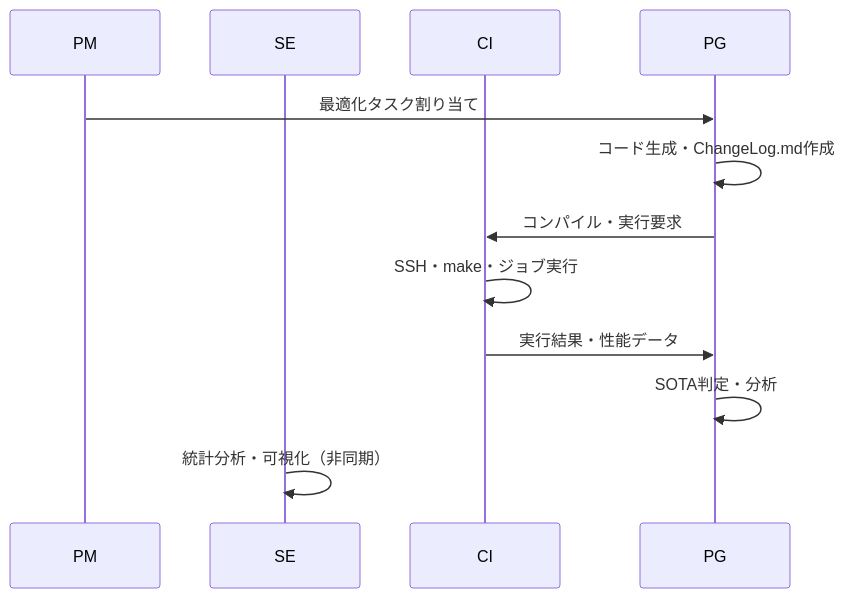
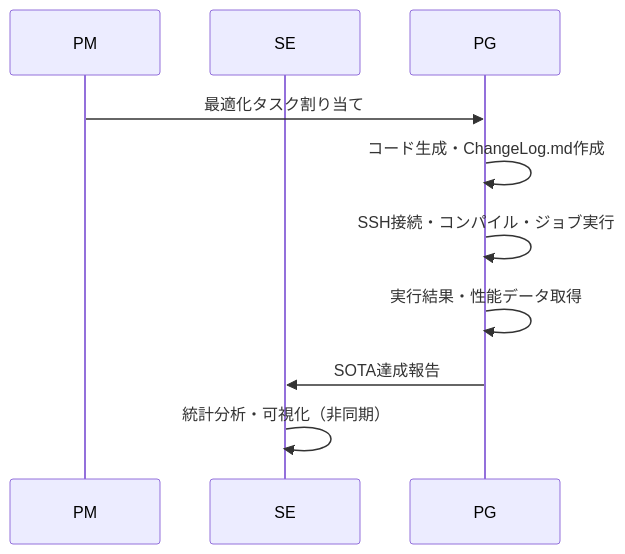
Before and after one commit to erkinalp/VibeCodeHPC-tr: the third of 3 diagrams in README.md, drawn with Mermaid. The commit also changed other lines of this file and 29 other files, not shown here.

````diff
--- a/README.md
+++ b/README.md
@@ -164,15 +157,13 @@
 ```mermaid
 sequenceDiagram
     participant PM as PM
     participant SE as SE
-    participant CI as CI
     participant PG as PG
     
     PM->>PG: 最適化タスク割り当て
     PG->>PG: コード生成・ChangeLog.md作成
-    PG->>CI: コンパイル・実行要求
-    CI->>CI: SSH・make・ジョブ実行
-    CI->>PG: 実行結果・性能データ
-    PG->>PG: SOTA判定・分析
+    PG->>PG: SSH接続・コンパイル・ジョブ実行
+    PG->>PG: 実行結果・性能データ取得
+    PG->>SE: SOTA達成報告
     SE->>SE: 統計分析・可視化（非同期）
 ```
````
